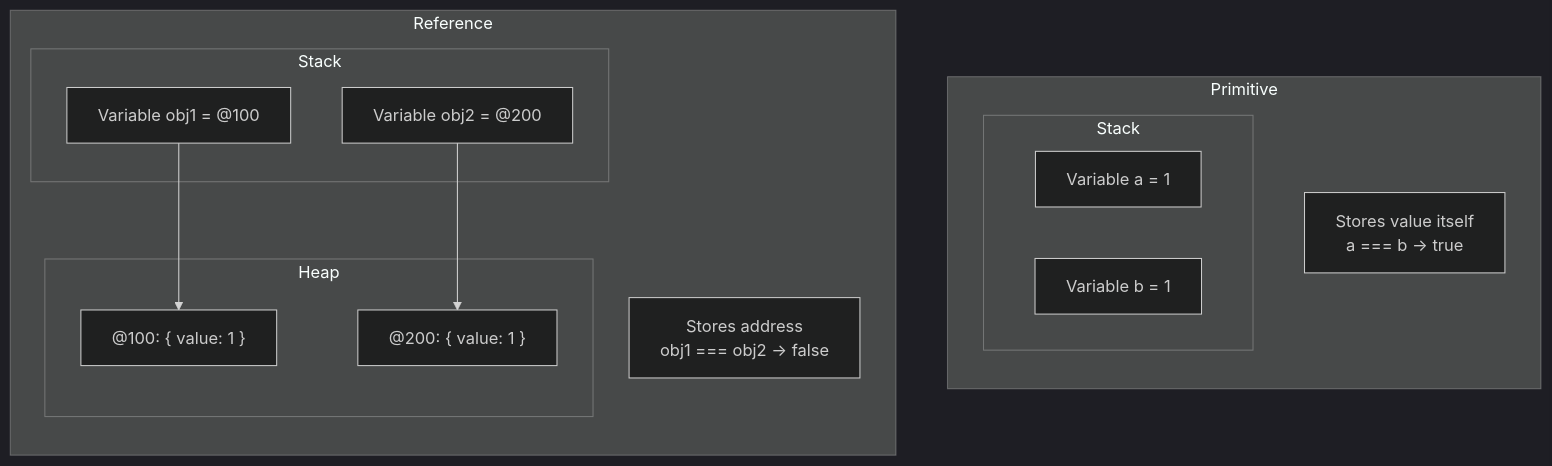
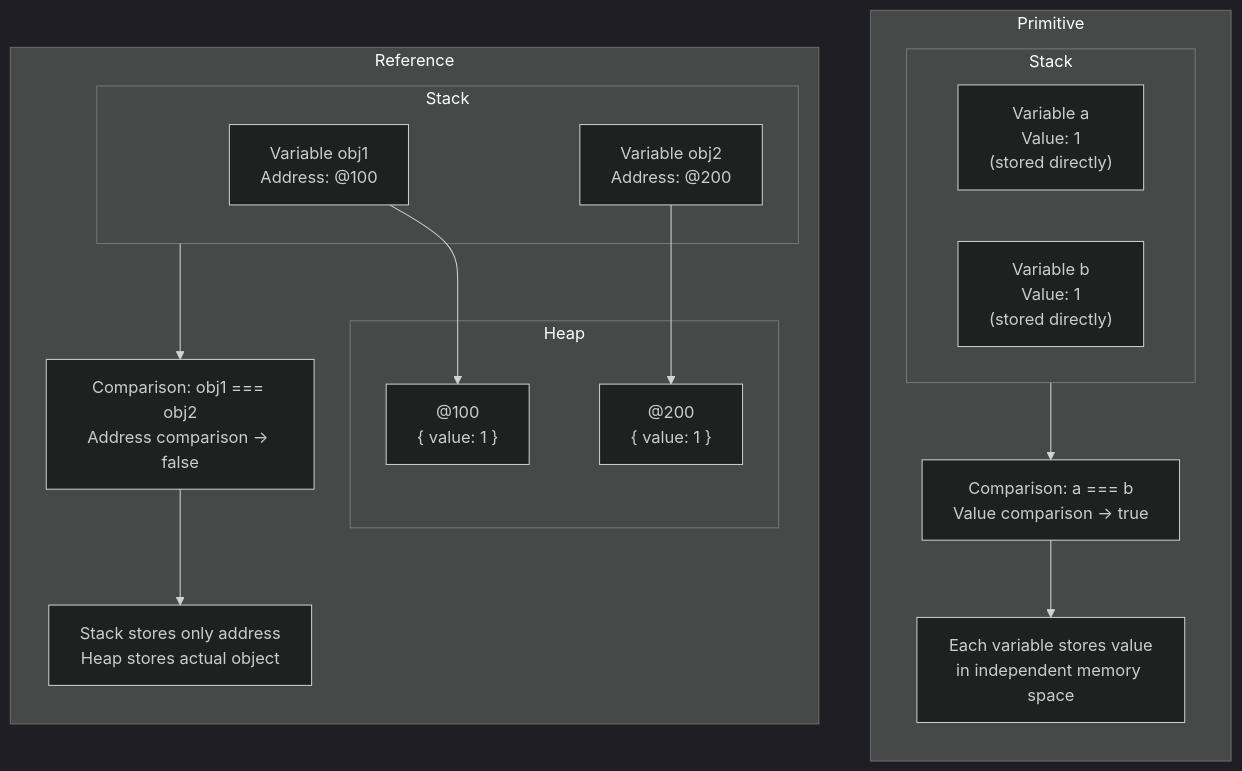
Before and after one commit to codefug/codefug.github.io: the seventh of 17 diagrams in markdown/2026-01-18/en/content.mdx, drawn with Mermaid (dark theme). The commit also changed other lines of this file, not shown here.

Commit message:
docs: 영어 버전 메모리 구조 설명 상세화 및 mermaid 다이어그램 개선

````diff
--- a/markdown/2026-01-18/en/content.mdx
+++ b/markdown/2026-01-18/en/content.mdx
@@ -129,27 +247,34 @@
 ```mermaid
 flowchart TB
     subgraph Primitive["Primitive"]
         direction TB
         subgraph Stack1["Stack"]
-            A["Variable a = 1"]
-            B["Variable b = 1"]
+            A["Variable a<br/>Value: 1<br/>(stored directly)"]
+            B["Variable b<br/>Value: 1<br/>(stored directly)"]
         end
-        Note1["Stores value itself<br/>a === b → true"]
+        Compare1["Comparison: a === b<br/>Value comparison → true"]
+        Note1["Each variable stores value<br/>in independent memory space"]
     end
 
     subgraph Reference["Reference"]
         direction TB
         subgraph Stack2["Stack"]
-            C["Variable obj1 = @100"]
-            D["Variable obj2 = @200"]
+            C["Variable obj1<br/>Address: @100"]
+            D["Variable obj2<br/>Address: @200"]
         end
         subgraph Heap2["Heap"]
-            O1["@100: { value: 1 }"]
-            O2["@200: { value: 1 }"]
+            O1["@100<br/>{ value: 1 }"]
+            O2["@200<br/>{ value: 1 }"]
         end
-        Note2["Stores address<br/>obj1 === obj2 → false"]
+        Compare2["Comparison: obj1 === obj2<br/>Address comparison → false"]
+        Note2["Stack stores only address<br/>Heap stores actual object"]
     end
 
+    Stack1 --> Compare1
+    Compare1 --> Note1
+    
+    Stack2 --> Compare2
     C --> O1
     D --> O2
+    Compare2 --> Note2
 ```
````
